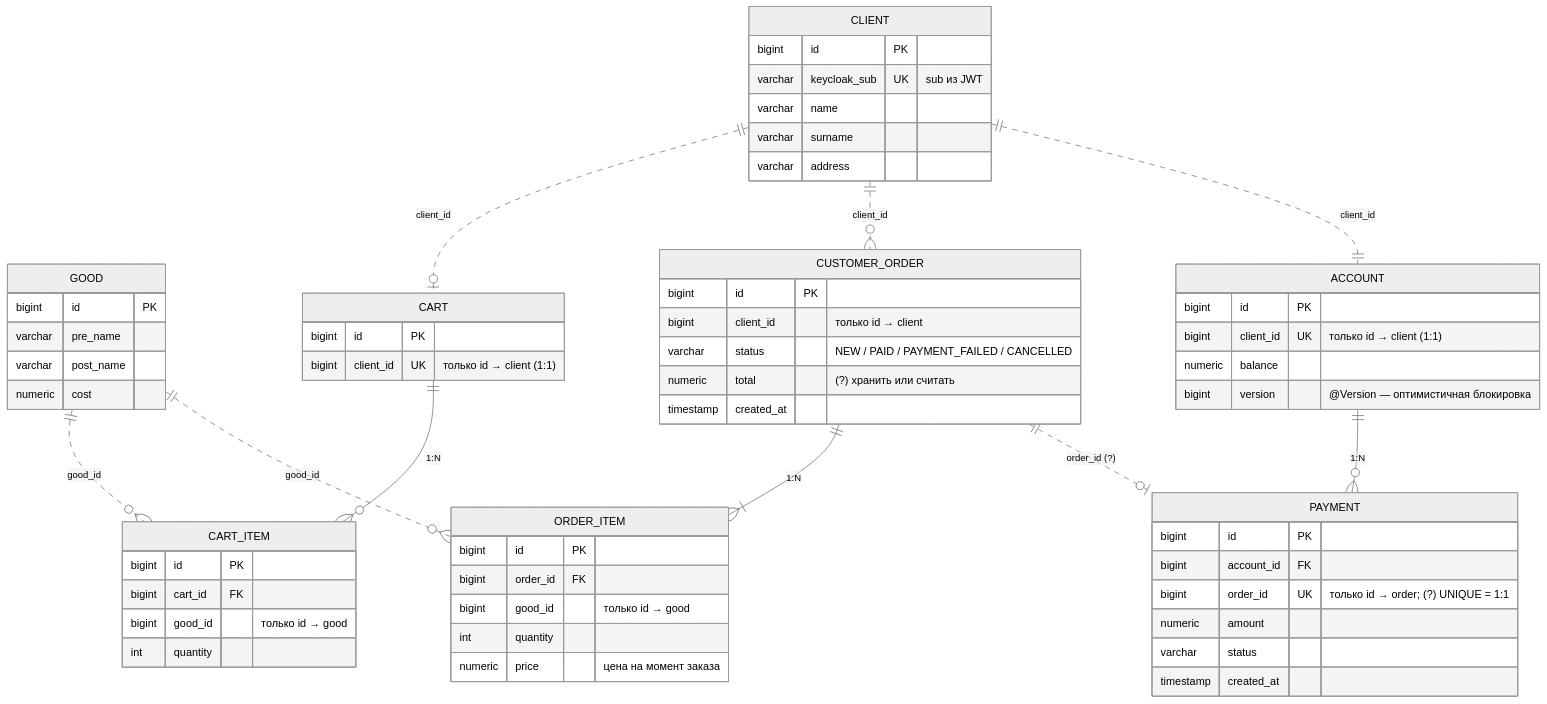
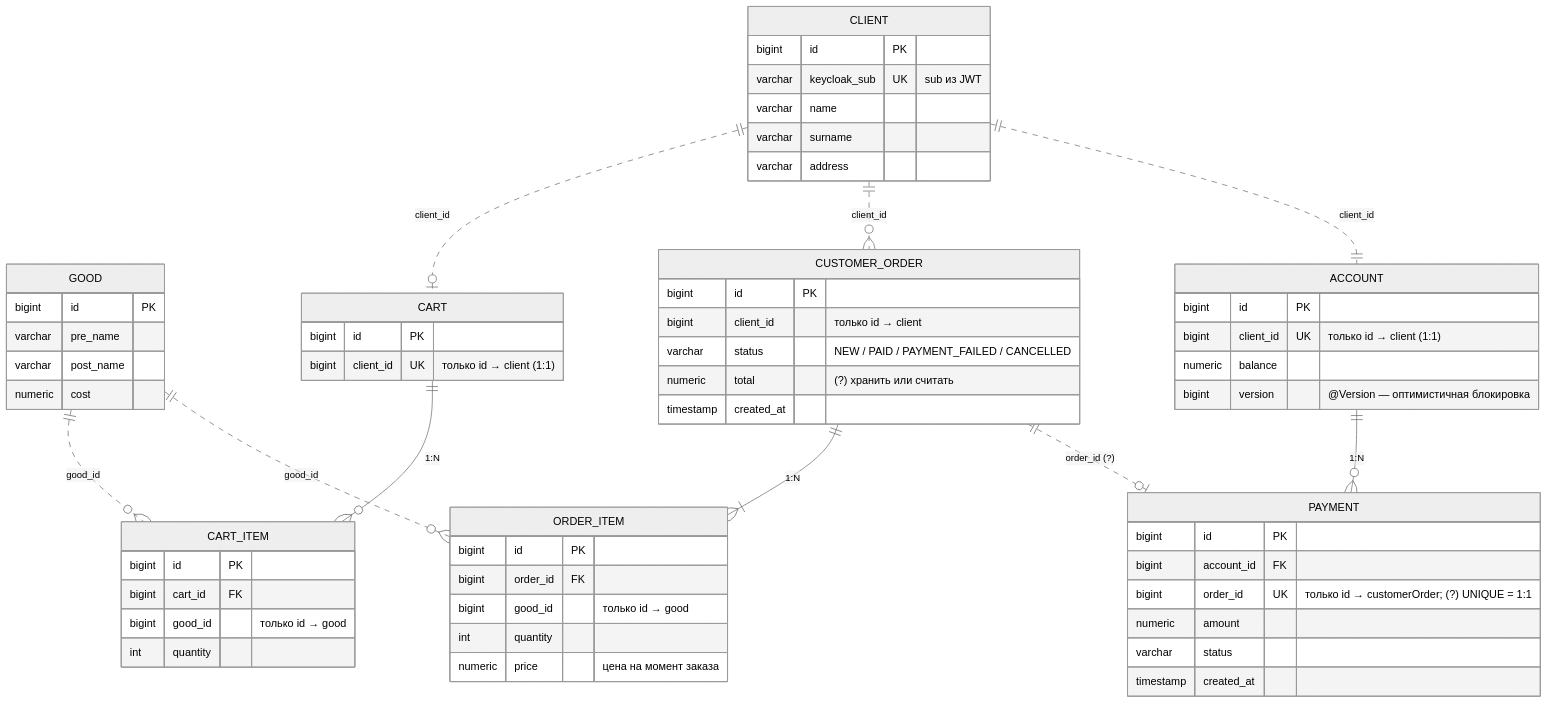
Before and after one commit to Shupimumi/MarketPlace_Back: the diagram in README.md, drawn with Mermaid (neutral theme). The commit also changed 11 other files, not shown here.

````diff
--- a/README.md
+++ b/README.md
@@ -14,74 +14,74 @@
 ```mermaid
 erDiagram
     %% ===== catalog =====
     GOOD {
         bigint  id PK
         varchar pre_name
         varchar post_name
         numeric cost
     }
 
     %% ===== client =====
     CLIENT {
         bigint  id PK
         varchar keycloak_sub UK "sub из JWT"
         varchar name
         varchar surname
         varchar address
     }
 
-    %% ===== order =====
+    %% ===== customerOrder =====
     CART {
         bigint id PK
         bigint client_id UK "только id → client (1:1)"
     }
     CART_ITEM {
         bigint id PK
         bigint cart_id FK
         bigint good_id "только id → good"
         int    quantity
     }
     CUSTOMER_ORDER {
         bigint    id PK
         bigint    client_id "только id → client"
         varchar   status "NEW / PAID / PAYMENT_FAILED / CANCELLED"
         numeric   total "(?) хранить или считать"
         timestamp created_at
     }
     ORDER_ITEM {
         bigint  id PK
         bigint  order_id FK
         bigint  good_id "только id → good"
         int     quantity
         numeric price "цена на момент заказа"
     }
 
     %% ===== payment =====
     ACCOUNT {
         bigint  id PK
         bigint  client_id UK "только id → client (1:1)"
         numeric balance
         bigint  version "@Version — оптимистичная блокировка"
     }
     PAYMENT {
         bigint    id PK
         bigint    account_id FK
-        bigint    order_id UK "только id → order; (?) UNIQUE = 1:1"
+        bigint    order_id UK "только id → customerOrder; (?) UNIQUE = 1:1"
         numeric   amount
         varchar   status
         timestamp created_at
     }
 
     %% FK внутри модуля (сплошная линия)
     CART           ||--o{ CART_ITEM  : "1:N"
     CUSTOMER_ORDER ||--|{ ORDER_ITEM : "1:N"
     ACCOUNT        ||--o{ PAYMENT    : "1:N"
 
     %% только id между модулями (пунктир)
     GOOD           ||..o{ CART_ITEM      : "good_id"
     GOOD           ||..o{ ORDER_ITEM     : "good_id"
     CLIENT         ||..o| CART           : "client_id"
     CLIENT         ||..o{ CUSTOMER_ORDER : "client_id"
     CLIENT         ||..|| ACCOUNT        : "client_id"
     CUSTOMER_ORDER ||..o| PAYMENT        : "order_id (?)"
 ```
````
